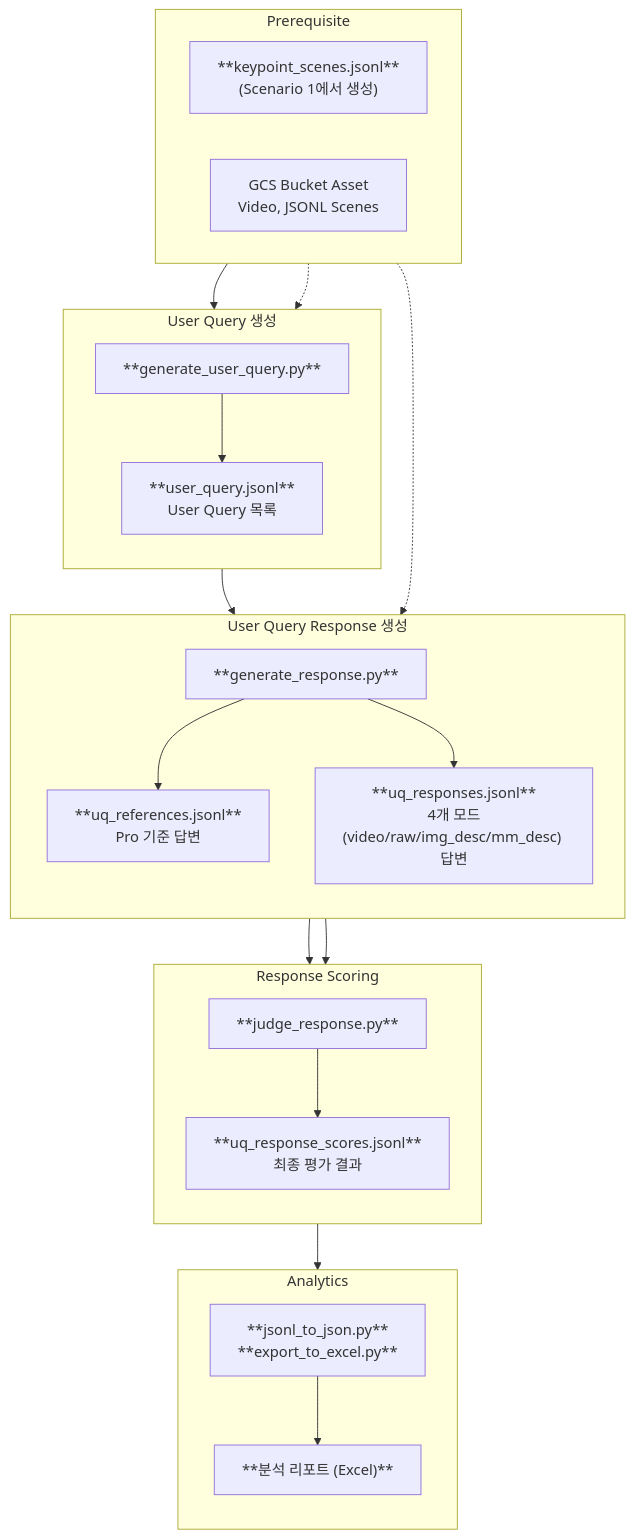
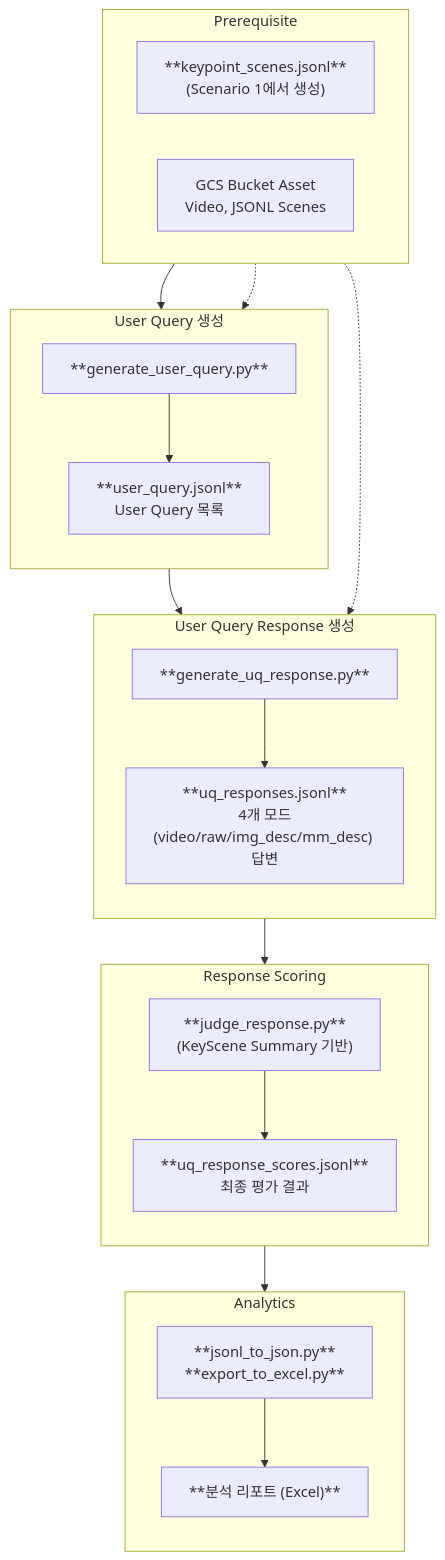
Before and after one commit to obeychoi0120/LLMJudge: the second of 2 diagrams in README.md, drawn with Mermaid. The commit also changed other lines of this file and 7 other files, not shown here.

````diff
--- a/README.md
+++ b/README.md
@@ -69,49 +69,46 @@
 ```mermaid
 flowchart TD
     subgraph INPUT2["Prerequisite"]
         direction LR
         KP_IN["**keypoint_scenes.jsonl**<br/>(Scenario 1에서 생성)"]
         GCS2["GCS Bucket Asset<br/>Video, JSONL Scenes"]
     end
 
     subgraph STEPB1["User Query 생성"]
         direction TB
         UQ_SCRIPT["**generate_user_query.py**"]
         UQ_OUT["**user_query.jsonl**<br/>User Query 목록"]
     end
 
     subgraph STEPB2["User Query Response 생성"]
         direction TB
-        R_SCRIPT["**generate_response.py**"]
-        R_REF["**uq_references.jsonl**<br/>Pro 기준 답변"]
+        R_SCRIPT["**generate_uq_response.py**"]
         R_ANS["**uq_responses.jsonl**<br/>4개 모드(video/raw/img_desc/mm_desc) 답변"]
     end
 
     subgraph STEPB3["Response Scoring"]
         direction TB
-        RJ_SCRIPT["**judge_response.py**"]
+        RJ_SCRIPT["**judge_response.py**<br/>(KeyScene Summary 기반)"]
         RJ_OUT["**uq_response_scores.jsonl**<br/>최종 평가 결과"]
     end
 
     subgraph STEPB4["Analytics"]
         direction TB
         A_SCRIPT["**jsonl_to_json.py**<br/>**export_to_excel.py**"]
         A_OUT["**분석 리포트 (Excel)**"]
     end
 
     KP_IN --> UQ_SCRIPT
     GCS2 -.-> UQ_SCRIPT
     UQ_SCRIPT --> UQ_OUT
 
     UQ_OUT --> R_SCRIPT
     GCS2 -.-> R_SCRIPT
-    R_SCRIPT --> R_REF
     R_SCRIPT --> R_ANS
 
-    R_REF --> RJ_SCRIPT
     R_ANS --> RJ_SCRIPT
     RJ_SCRIPT --> RJ_OUT
 
     RJ_OUT --> A_SCRIPT
     A_SCRIPT --> A_OUT
 ```
````
